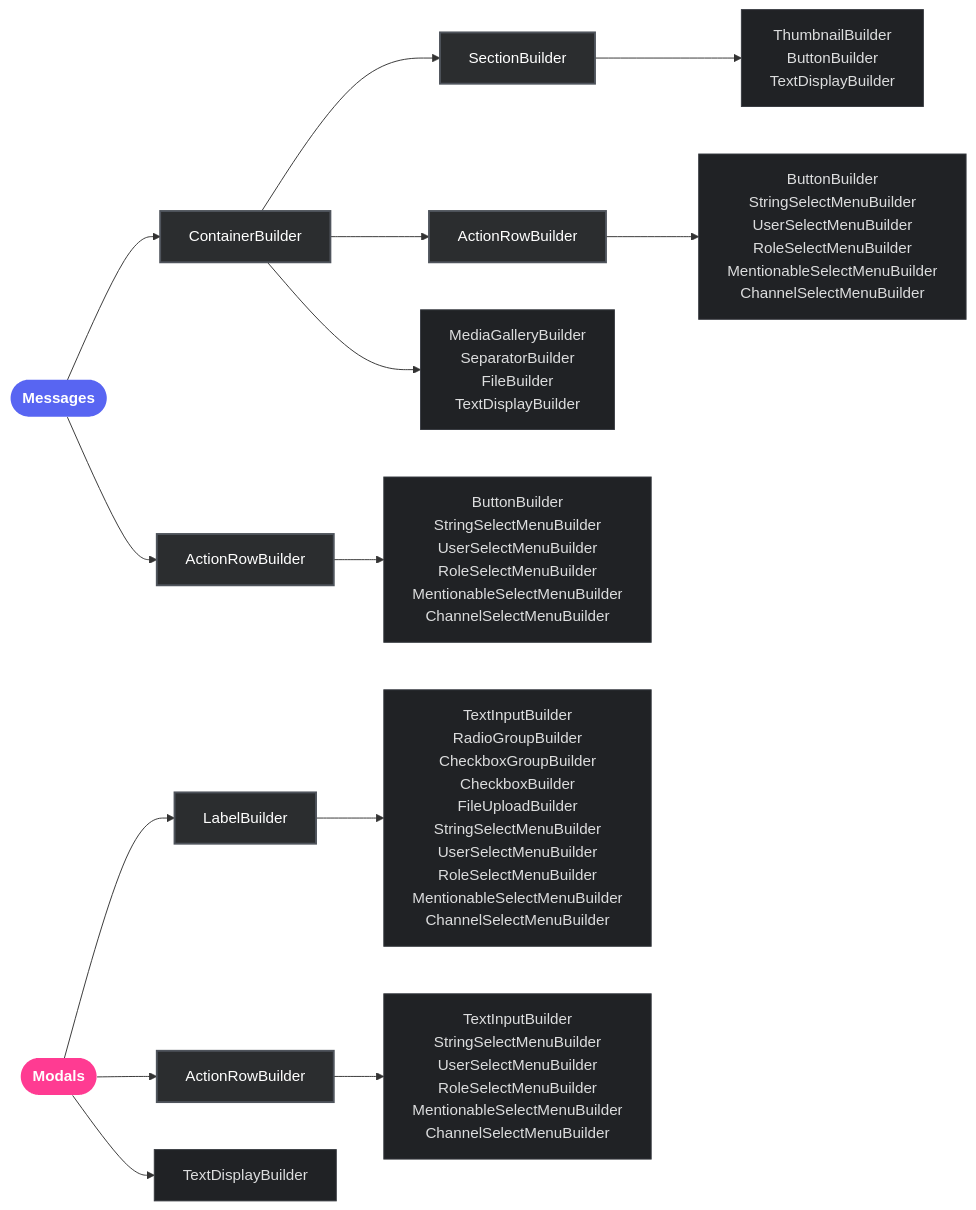
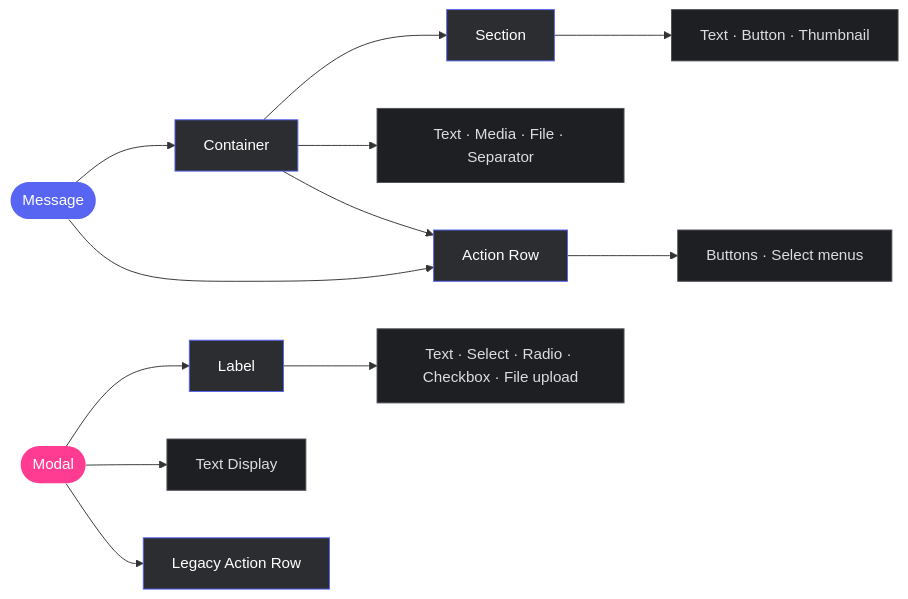
The diagram in README.md (sqlu/buncord-builders), drawn with Mermaid before and after one commit. The commit also changed other lines of this file and 42 other files, not shown here.

````diff
--- a/README.md
+++ b/README.md
@@ -185,28 +303,20 @@
 ```mermaid
 graph LR
-    classDef msgRoot fill:#5865F2,color:#fff,stroke:none,font-weight:bold,rx:5px,ry:5px
-    classDef modRoot fill:#FF3B92,color:#fff,stroke:none,font-weight:bold,rx:5px,ry:5px
-    classDef layout fill:#2b2d2f,color:#fff,stroke:#4f545c,stroke-width:2px
-    classDef content fill:#202225,color:#dcddde,stroke:#36393f,stroke-width:1px
+  classDef root fill:#5865F2,color:#fff,stroke:none
+  classDef modal fill:#FF3B92,color:#fff,stroke:none
+  classDef layout fill:#2B2D31,color:#fff,stroke:#5865F2
+  classDef leaf fill:#1E1F22,color:#DBDEE1,stroke:#4E5058
 
-    MSG([Messages]):::msgRoot --> Cont[ContainerBuilder]:::layout
-    MSG --> RowMsg[ActionRowBuilder]:::layout
+  Message([Message]):::root --> Container[Container]:::layout
+  Message --> Row[Action Row]:::layout
+  Container --> Section[Section]:::layout
+  Container --> Content[Text · Media · File · Separator]:::leaf
+  Container --> Row
+  Section --> Accessory[Text · Button · Thumbnail]:::leaf
+  Row --> Interactive[Buttons · Select menus]:::leaf
 
-    Cont --> Sec[SectionBuilder]:::layout
-    Cont --> RowCont[ActionRowBuilder]:::layout
-    Cont --> ContContent["MediaGalleryBuilder<br>SeparatorBuilder<br>FileBuilder<br>TextDisplayBuilder"]:::content
-
-    Sec --> SecContent["ThumbnailBuilder<br>ButtonBuilder<br>TextDisplayBuilder"]:::content
-    
-    RowMsg --> RowMsgContent["ButtonBuilder<br>StringSelectMenuBuilder<br>UserSelectMenuBuilder<br>RoleSelectMenuBuilder<br>MentionableSelectMenuBuilder<br>ChannelSelectMenuBuilder"]:::content
-
-    RowCont --> RowContContent["ButtonBuilder<br>StringSelectMenuBuilder<br>UserSelectMenuBuilder<br>RoleSelectMenuBuilder<br>MentionableSelectMenuBuilder<br>ChannelSelectMenuBuilder"]:::content
-
-    MOD([Modals]):::modRoot --> Lbl[LabelBuilder]:::layout
-    MOD --> RowMod[ActionRowBuilder]:::layout
-    MOD --> TxtMod[TextDisplayBuilder]:::content
-
-    Lbl --> LblContent["TextInputBuilder<br>RadioGroupBuilder<br>CheckboxGroupBuilder<br>CheckboxBuilder<br>FileUploadBuilder<br>StringSelectMenuBuilder<br>UserSelectMenuBuilder<br>RoleSelectMenuBuilder<br>MentionableSelectMenuBuilder<br>ChannelSelectMenuBuilder"]:::content
-
-    RowMod --> RowModContent["TextInputBuilder<br>StringSelectMenuBuilder<br>UserSelectMenuBuilder<br>RoleSelectMenuBuilder<br>MentionableSelectMenuBuilder<br>ChannelSelectMenuBuilder"]:::content
+  Modal([Modal]):::modal --> Label[Label]:::layout
+  Modal --> ModalText[Text Display]:::leaf
+  Modal --> LegacyRow[Legacy Action Row]:::layout
+  Label --> Inputs[Text · Select · Radio · Checkbox · File upload]:::leaf
 ```
````
